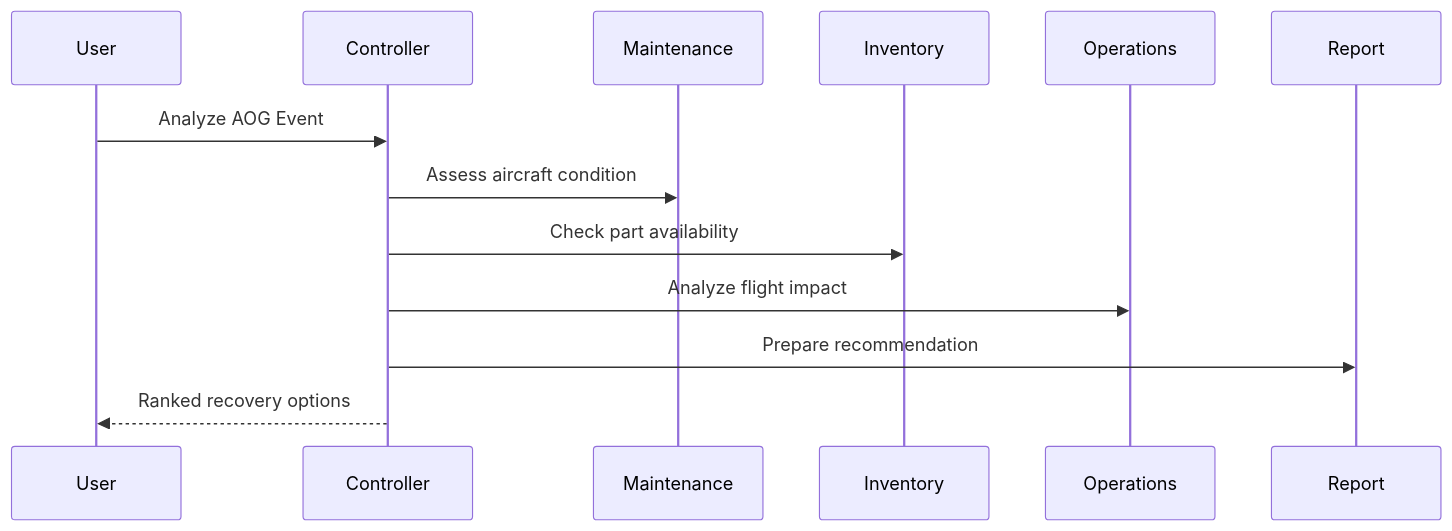
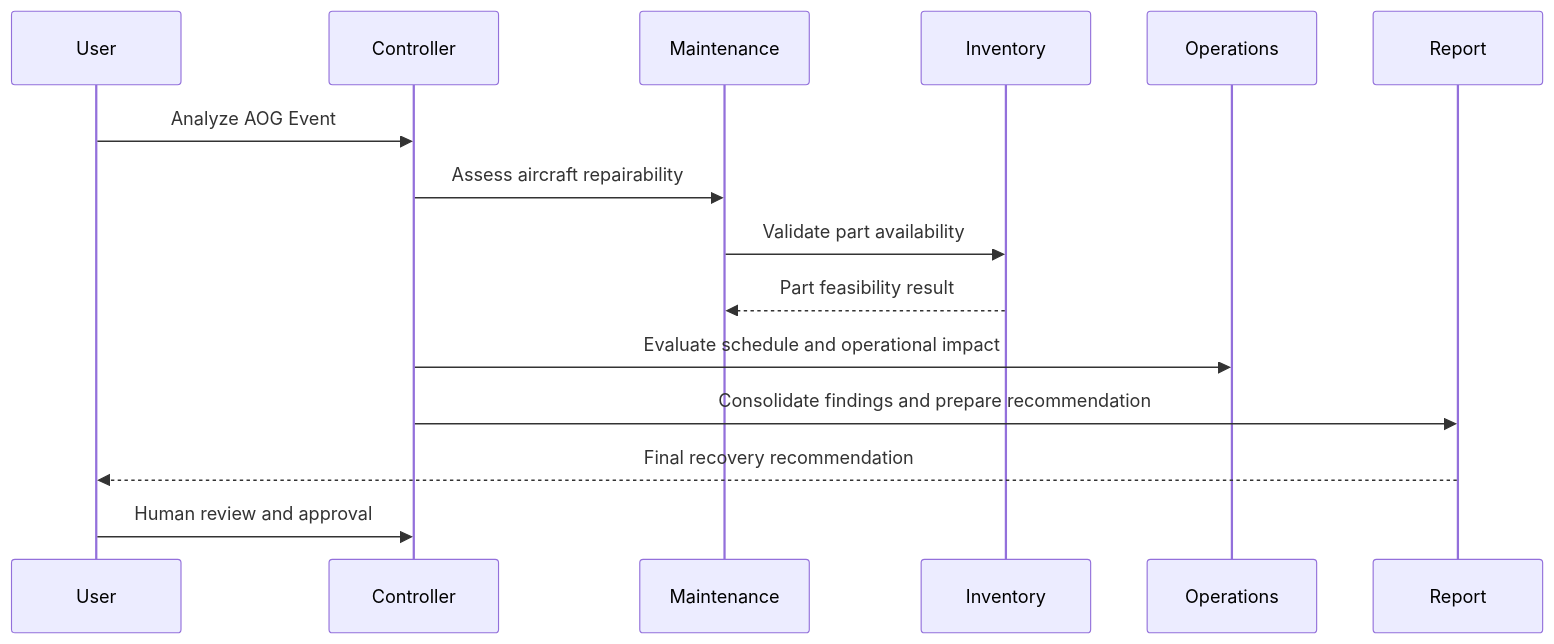
One commit to jguttikonda/fde_us03_cap changed the third of 3 diagrams in propsal.md. Above: the diagram before and after it, drawn with Mermaid. The commit also changed other lines of this file, not shown here.

````diff
--- a/propsal.md
+++ b/propsal.md
@@ -152,9 +184,11 @@
 ```mermaid
 sequenceDiagram
 User->>Controller: Analyze AOG Event
-Controller->>Maintenance: Assess aircraft condition
-Controller->>Inventory: Check part availability
-Controller->>Operations: Analyze flight impact
-Controller->>Report: Prepare recommendation
-Controller-->>User: Ranked recovery options
+Controller->>Maintenance: Assess aircraft repairability
+Maintenance->>Inventory: Validate part availability
+Inventory-->>Maintenance: Part feasibility result
+Controller->>Operations: Evaluate schedule and operational impact
+Controller->>Report: Consolidate findings and prepare recommendation
+Report-->>User: Final recovery recommendation
+User->>Controller: Human review and approval
 ```
````
